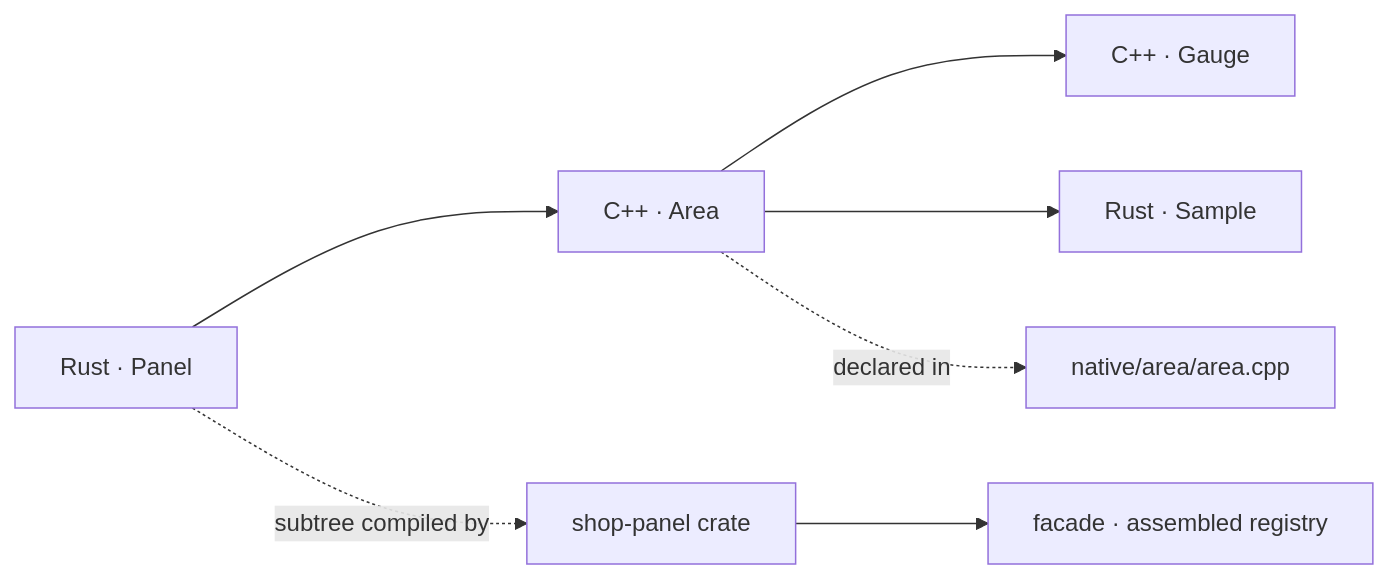
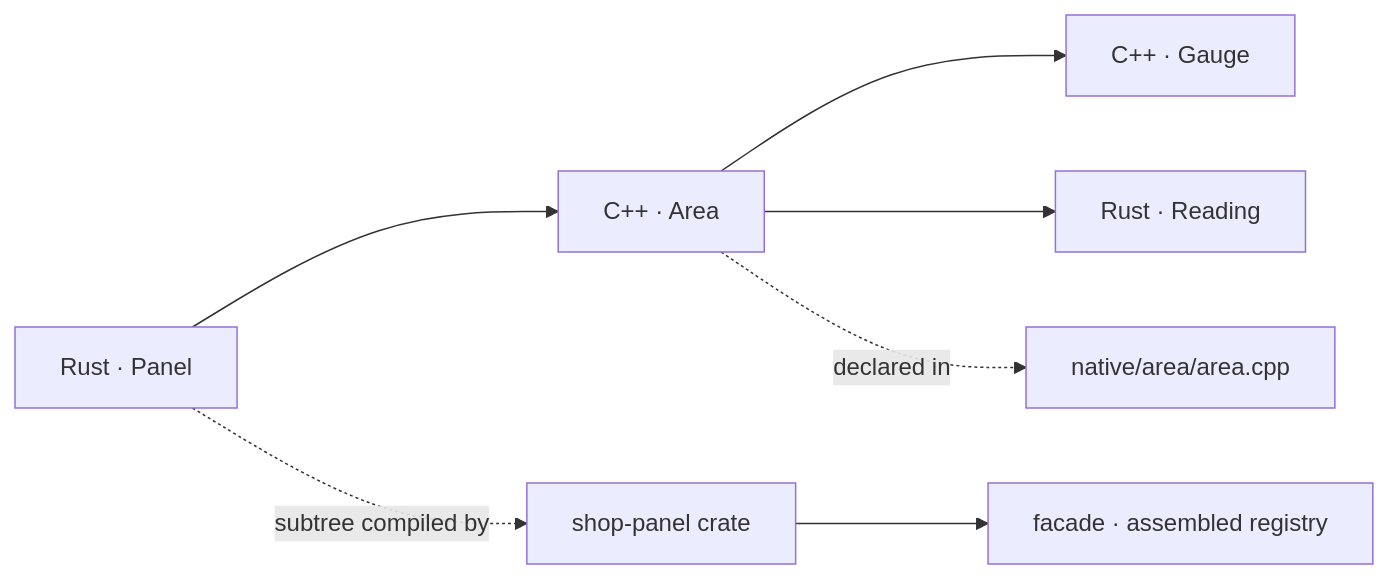
The fifth of 6 diagrams in README.md (Nichtigott/xirang), drawn with Mermaid before and after one commit. The commit also changed other lines of this file and 16 other files, not shown here.

````diff
--- a/README.md
+++ b/README.md
@@ -138,9 +270,9 @@
 ```mermaid
 flowchart LR
     Panel["Rust · Panel"] --> Area["C++ · Area"]
     Area --> Gauge["C++ · Gauge"]
-    Area --> Sample["Rust · Sample"]
+    Area --> Reading["Rust · Reading"]
     Area -. "declared in" .-> Src["native/area/area.cpp"]
     Panel -. "subtree compiled by" .-> Fragment["shop-panel crate"]
     Fragment --> Facade["facade · assembled registry"]
 ```
````
